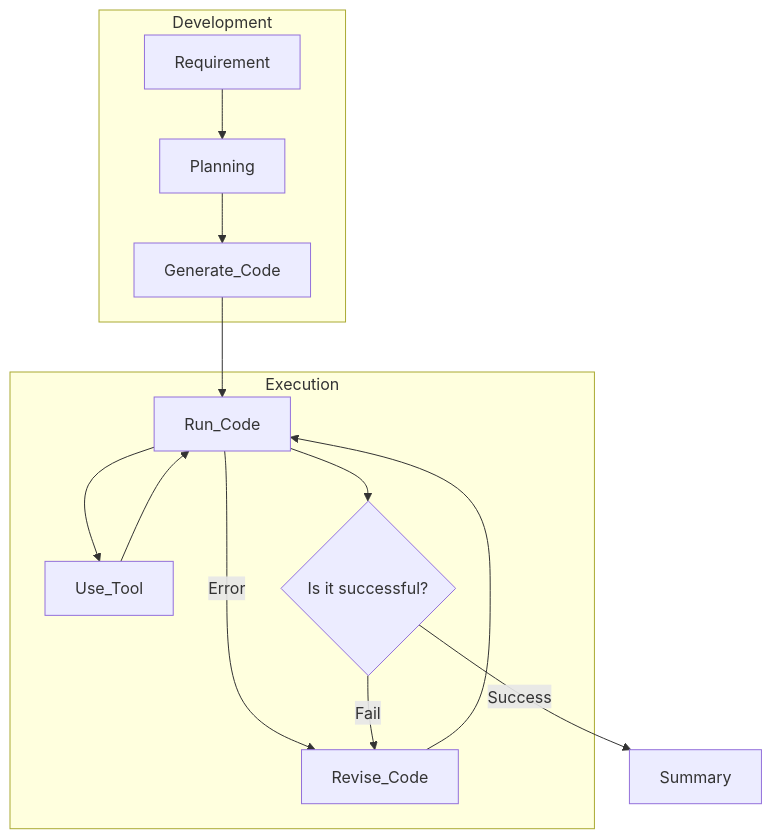
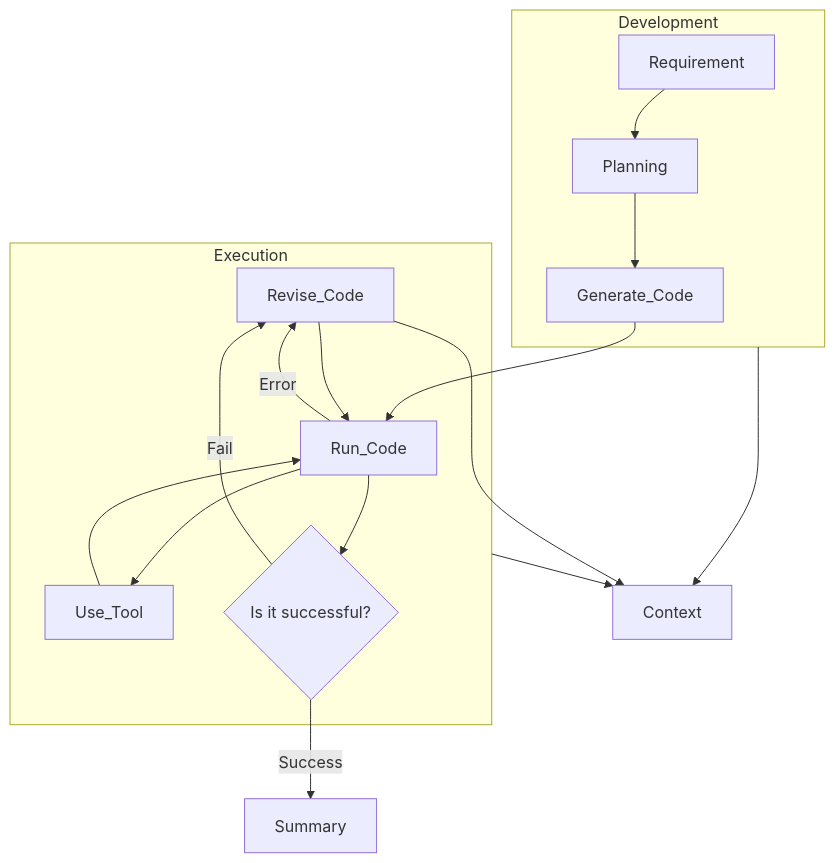
One commit to yingkitw/watsonx-agentic changed the diagram in README.md. Above: the diagram before and after it, drawn with Mermaid. The commit also changed 1 other file, not shown here.

Commit message:
make more concise

````diff
--- a/README.md
+++ b/README.md
@@ -25,20 +25,24 @@
 ```mermaid
 graph TD
+    Development --> Context
+    Execution --> Context
+    Revise_Code --> Context
+
     subgraph Development
         Requirement --> Planning
         Planning --> Generate_Code
     end
 
     subgraph Execution
         Generate_Code --> Run_Code
         Run_Code --> Use_Tool
         Use_Tool --> Run_Code
         Run_Code --> Evaluate
         Run_Code --> |Error| Revise_Code
     end
 
     Evaluate{Is it successful?}
     Evaluate -->|Success| Summary
     Evaluate -->|Fail| Revise_Code
     Revise_Code --> Run_Code
 ```
````
